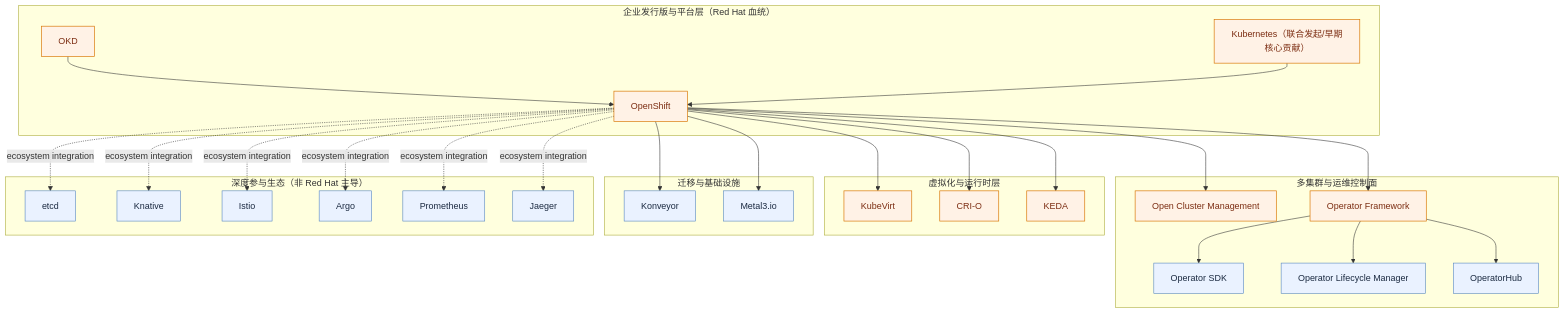
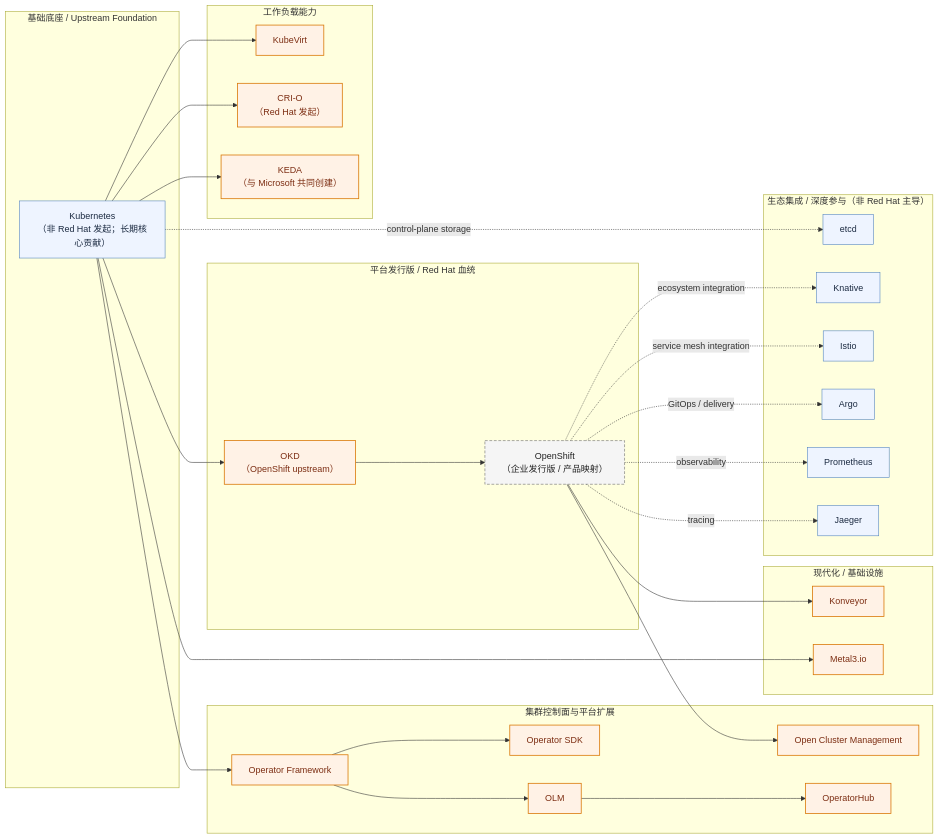
Before and after one commit to pacoxu/AI-Infra: the diagram in case-study/redhat.md, drawn with Mermaid. The commit also changed other lines of this file, not shown here.

Commit message:
docs(case-study): refine redhat panorama with layered chain and right-side ecosystem

````diff
--- a/case-study/redhat.md
+++ b/case-study/redhat.md
@@ -5,63 +5,69 @@
 ```mermaid
-flowchart TB
-  subgraph PLATFORM["企业发行版与平台层（Red Hat 血统）"]
-    K8S["Kubernetes（联合发起/早期核心贡献）"]
-    OKD["OKD"]
-    OCP["OpenShift"]
+flowchart LR
+  subgraph BASE["基础底座 / Upstream Foundation"]
+    K8S["Kubernetes\n（非 Red Hat 发起；长期核心贡献）"]
   end
 
-  subgraph MULTI["多集群与运维控制面"]
+  subgraph PLATFORM["平台发行版 / Red Hat 血统"]
+    OKD["OKD\n（OpenShift upstream）"]
+    OCP["OpenShift\n（企业发行版 / 产品映射）"]
+  end
+
+  subgraph CONTROL["集群控制面与平台扩展"]
     OCM["Open Cluster Management"]
     OF["Operator Framework"]
     SDK["Operator SDK"]
-    OLM["Operator Lifecycle Manager"]
+    OLM["OLM"]
     OH["OperatorHub"]
   end
 
-  subgraph RUNTIME["虚拟化与运行时层"]
+  subgraph WORKLOAD["工作负载能力"]
     KV["KubeVirt"]
-    CRIO["CRI-O"]
-    KEDA["KEDA"]
+    CRIO["CRI-O\n（Red Hat 发起）"]
+    KEDA["KEDA\n（与 Microsoft 共同创建）"]
   end
 
-  subgraph MODERNIZE["迁移与基础设施"]
+  subgraph INFRA["现代化 / 基础设施"]
     KONV["Konveyor"]
     M3["Metal3.io"]
   end
 
-  subgraph UPSTREAM["深度参与生态（非 Red Hat 主导）"]
+  subgraph ECO["生态集成 / 深度参与（非 Red Hat 主导）"]
     ETCD["etcd"]
     KN["Knative"]
     ISTIO["Istio"]
     ARGO["Argo"]
     PROM["Prometheus"]
     JAE["Jaeger"]
   end
 
+  K8S --> OKD
   OKD --> OCP
-  K8S --> OCP
-  OCP --> OCM
-  OCP --> OF
-  OCP --> KV
-  OCP --> CRIO
-  OCP --> KEDA
-  OCP --> KONV
-  OCP --> M3
 
+  K8S --> OF
   OF --> SDK
   OF --> OLM
-  OF --> OH
+  OLM --> OH
+  OCP --> OCM
 
-  OCP -. ecosystem integration .-> ETCD
+  K8S --> KV
+  K8S --> CRIO
+  K8S --> KEDA
+  OCP --> KONV
+  K8S --> M3
+
+  K8S -. control-plane storage .-> ETCD
   OCP -. ecosystem integration .-> KN
-  OCP -. ecosystem integration .-> ISTIO
-  OCP -. ecosystem integration .-> ARGO
-  OCP -. ecosystem integration .-> PROM
-  OCP -. ecosystem integration .-> JAE
+  OCP -. service mesh integration .-> ISTIO
+  OCP -. GitOps / delivery .-> ARGO
+  OCP -. observability .-> PROM
+  OCP -. tracing .-> JAE
 
-  classDef core fill:#fff2e6,stroke:#d97706,color:#7c2d12,stroke-width:1.2px;
-  classDef normal fill:#eaf2ff,stroke:#4f81bd,color:#1b2a41,stroke-width:1px;
+  classDef rh fill:#fff2e6,stroke:#d97706,color:#7c2d12,stroke-width:1.4px;
+  classDef eco fill:#eef4ff,stroke:#4f81bd,color:#1b2a41,stroke-width:1px;
+  classDef prod fill:#f5f5f5,stroke:#666,color:#222,stroke-dasharray: 5 3;
 
-  class K8S,OKD,OCP,OCM,OF,KV,CRIO,KEDA core;
-  class SDK,OLM,OH,KONV,M3,ETCD,KN,ISTIO,ARGO,PROM,JAE normal;
+  class OKD,OCM,OF,SDK,OLM,OH,KV,CRIO,KEDA,KONV,M3 rh;
+  class ETCD,K8S,KN,ISTIO,ARGO,PROM,JAE eco;
+  class OCP prod;
 ```
````
